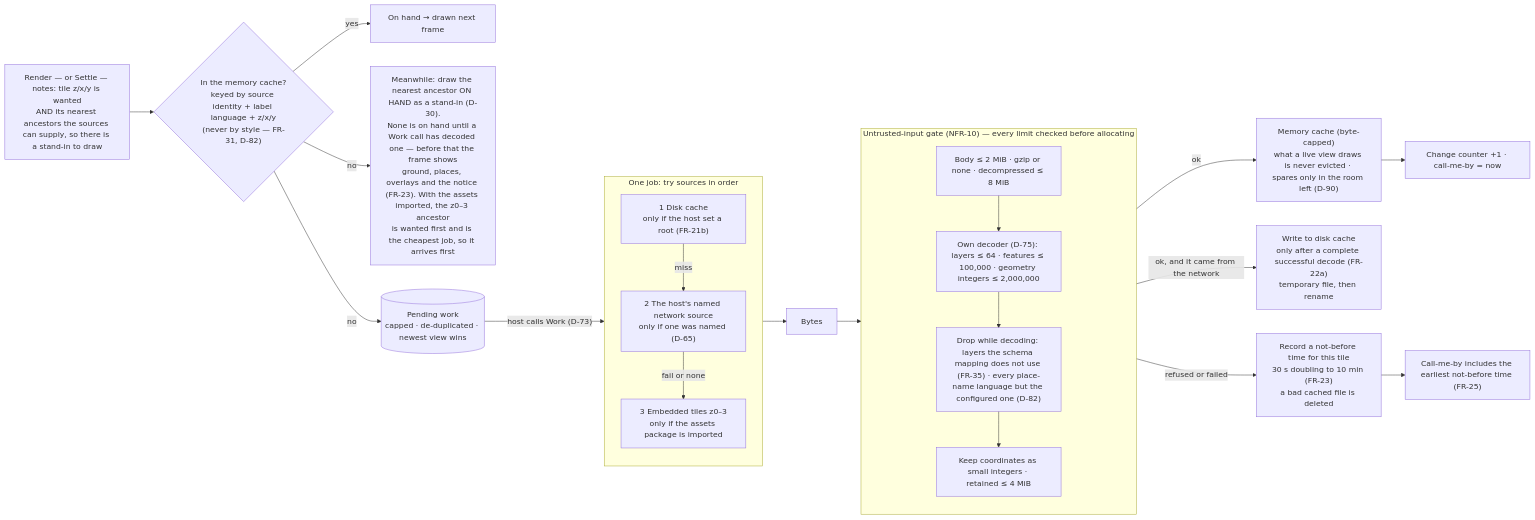
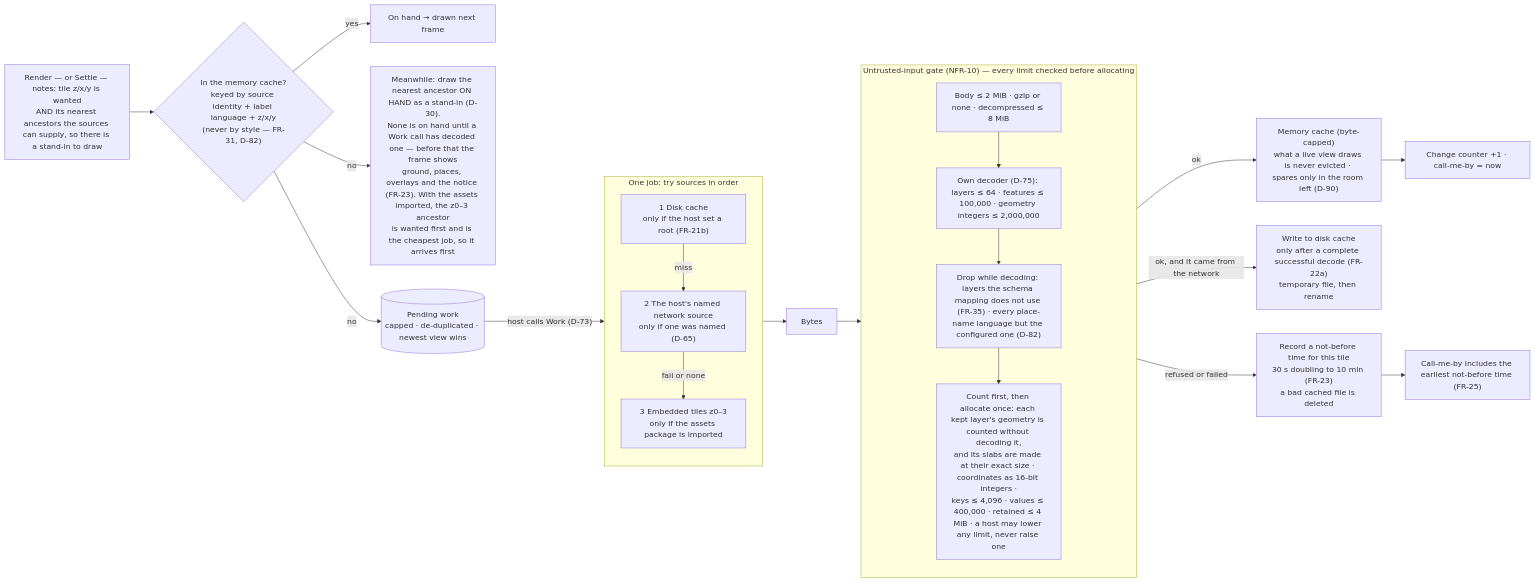
The first of 3 diagrams in 06_docs/02_features/go-tuimaps/03-architecture-design/L2-tiles.md (branden-thompson/go-tuimaps), drawn with Mermaid before and after one commit. The commit also changed 16 other files, not shown here.

````diff
--- a/06_docs/02_features/go-tuimaps/03-architecture-design/L2-tiles.md
+++ b/06_docs/02_features/go-tuimaps/03-architecture-design/L2-tiles.md
@@ -9,31 +9,31 @@
 ```mermaid
 flowchart LR
     NEED["Render — or Settle — notes: tile z/x/y is wanted<br/>AND its nearest ancestors the sources can supply, so there is a stand-in to draw"] --> MEM{"In the memory cache?<br/>keyed by source identity + label language + z/x/y<br/>(never by style — FR-31, D-82)"}
     MEM -- yes --> USE["On hand → drawn next frame"]
     MEM -- no --> ANC["Meanwhile: draw the nearest ancestor ON HAND as a stand-in (D-30).<br/>None is on hand until a Work call has decoded one — before that the frame shows<br/>ground, places, overlays and the notice (FR-23). With the assets imported, the z0–3 ancestor<br/>is wanted first and is the cheapest job, so it arrives first"]
     MEM -- no --> Q[("Pending work<br/>capped · de-duplicated · newest view wins")]
     Q -- "host calls Work (D-73)" --> ORDER
 
     subgraph ORDER["One job: try sources in order"]
       direction TB
       S1["1 Disk cache<br/>only if the host set a root (FR-21b)"]
       S2["2 The host's named network source<br/>only if one was named (D-65)"]
       S3["3 Embedded tiles z0–3<br/>only if the assets package is imported"]
       S1 -- miss --> S2 -- "fail or none" --> S3
     end
 
     ORDER --> BYTES["Bytes"] --> GATE
     subgraph GATE["Untrusted-input gate (NFR-10) — every limit checked before allocating"]
       direction TB
       G1["Body ≤ 2 MiB · gzip or none · decompressed ≤ 8 MiB"]
       G2["Own decoder (D-75): layers ≤ 64 · features ≤ 100,000 · geometry integers ≤ 2,000,000"]
       G3["Drop while decoding: layers the schema mapping does not use (FR-35) · every place-name language but the configured one (D-82)"]
-      G4["Keep coordinates as small integers · retained ≤ 4 MiB"]
+      G4["Count first, then allocate once: each kept layer's geometry is counted without decoding it,<br/>and its slabs are made at their exact size · coordinates as 16-bit integers ·<br/>keys ≤ 4,096 · values ≤ 400,000 · retained ≤ 4 MiB · a host may lower any limit, never raise one"]
       G1 --> G2 --> G3 --> G4
     end
     GATE -- "ok" --> STORE["Memory cache (byte-capped)<br/>what a live view draws is never evicted · spares only in the room left (D-90)"]
     GATE -- "ok, and it came from the network" --> WRITE["Write to disk cache<br/>only after a complete successful decode (FR-22a)<br/>temporary file, then rename"]
     GATE -- "refused or failed" --> FAIL["Record a not-before time for this tile<br/>30 s doubling to 10 min (FR-23)<br/>a bad cached file is deleted"]
     STORE --> BUMP["Change counter +1 · call-me-by = now"]
     FAIL --> DL["Call-me-by includes the earliest not-before time (FR-25)"]
 ```
````
